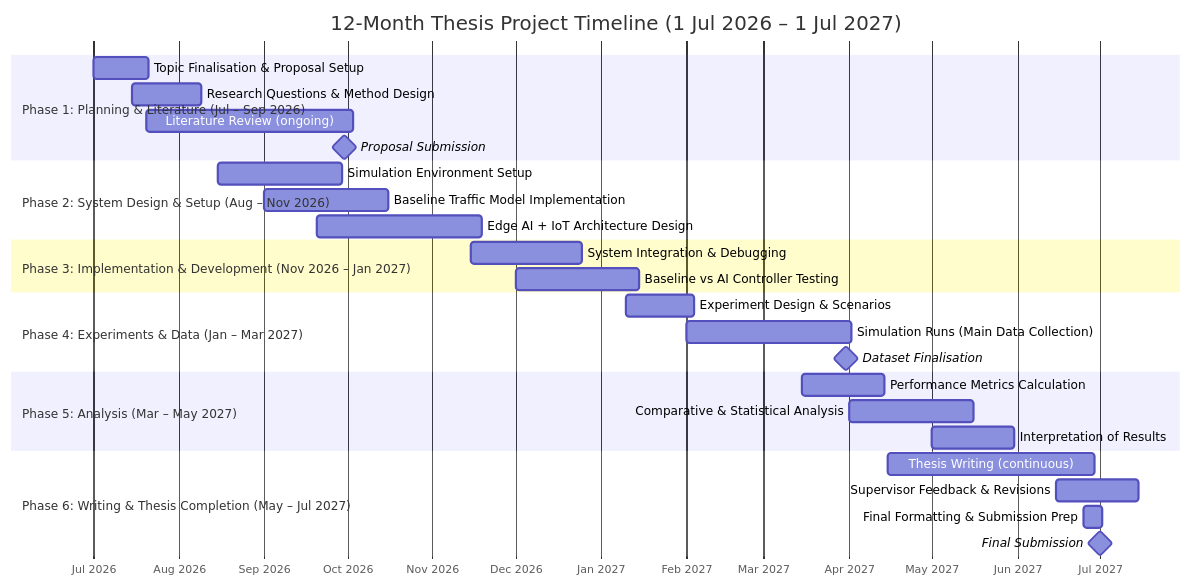
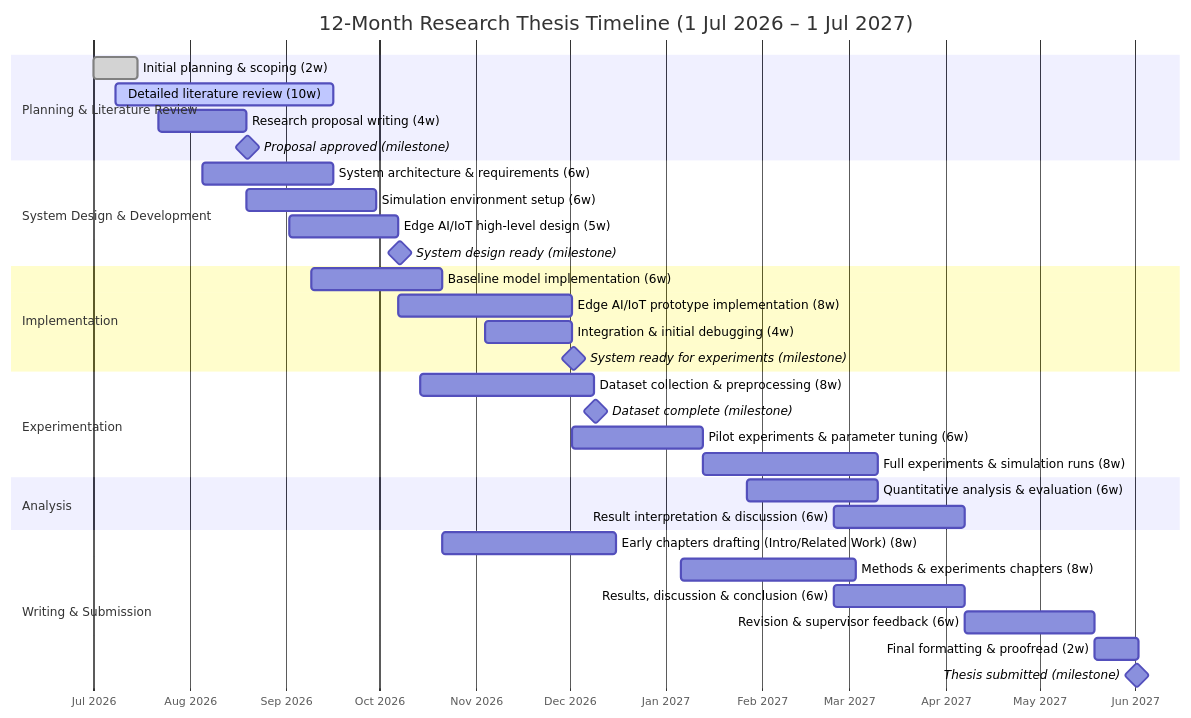
The diagram in README.md (rosisneupane/Gantt_Chart_For_Final), drawn with Mermaid before and after one commit.

````diff
--- a/README.md
+++ b/README.md
@@ -1,51 +1,60 @@
 ```mermaid
 gantt
-    title 12-Month Thesis Project Timeline (1 Jul 2026 – 1 Jul 2027)
-    dateFormat YYYY-MM-DD
-    axisFormat %b %Y
+    title 12-Month Research Thesis Timeline (1 Jul 2026 – 1 Jul 2027)
+    dateFormat  YYYY-MM-DD
+    axisFormat  %b %Y
 
-    section Phase 1: Planning & Literature (Jul – Sep 2026)
+    %% ------------------------
+    %% Planning & Literature Review
+    %% ------------------------
+    section Planning & Literature Review
+    Initial planning & scoping (2w)          :done, plan1, 2026-07-01, 2w
+    Detailed literature review (10w)         :active, lit1, 2026-07-08, 10w
+    Research proposal writing (4w)           :prop1, 2026-07-22, 4w
+    Proposal approved (milestone)            :milestone, m_proposal, 2026-08-19, 1d
 
-    Topic Finalisation & Proposal Setup     :p1, 2026-07-01, 20d
-    Research Questions & Method Design      :p2, 2026-07-15, 25d
-    Literature Review (ongoing)             :p3, 2026-07-20, 75d
+    %% ------------------------
+    %% System Design & Development
+    %% ------------------------
+    section System Design & Development
+    System architecture & requirements (6w)  :arch1, 2026-08-05, 6w
+    Simulation environment setup (6w)        :sim1, 2026-08-19, 6w
+    Edge AI/IoT high-level design (5w)       :design_edge1, 2026-09-02, 5w
+    System design ready (milestone)          :milestone, m_system_ready, 2026-10-07, 1d
 
-    Proposal Submission                     :milestone, m1, 2026-09-30, 0d
+    %% ------------------------
+    %% Implementation
+    %% ------------------------
+    section Implementation
+    Baseline model implementation (6w)       :impl_base, 2026-09-09, 6w
+    Edge AI/IoT prototype implementation (8w):impl_edge, 2026-10-07, 8w
+    Integration & initial debugging (4w)     :impl_int, 2026-11-04, 4w
+    System ready for experiments (milestone) :milestone, m_impl_ready, 2026-12-02, 1d
 
+    %% ------------------------
+    %% Experimentation
+    %% ------------------------
+    section Experimentation
+    Dataset collection & preprocessing (8w)  :data1, 2026-10-14, 8w
+    Dataset complete (milestone)             :milestone, m_data_done, 2026-12-09, 1d
+    Pilot experiments & parameter tuning (6w):exp1, 2026-12-02, 6w
+    Full experiments & simulation runs (8w)  :exp2, 2027-01-13, 8w
 
-    section Phase 2: System Design & Setup (Aug – Nov 2026)
+    %% ------------------------
+    %% Analysis
+    %% ------------------------
+    section Analysis
+    Quantitative analysis & evaluation (6w)  :analysis1, 2027-01-27, 6w
+    Result interpretation & discussion (6w)  :analysis2, 2027-02-24, 6w
 
-    Simulation Environment Setup            :p4, 2026-08-15, 45d
-    Baseline Traffic Model Implementation    :p5, 2026-09-01, 45d
-    Edge AI + IoT Architecture Design       :p6, 2026-09-20, 60d
-
-
-    section Phase 3: Implementation & Development (Nov 2026 – Jan 2027)
-
-    System Integration & Debugging          :p7, 2026-11-15, 40d
-    Baseline vs AI Controller Testing       :p8, 2026-12-01, 45d
-
-
-    section Phase 4: Experiments & Data (Jan – Mar 2027)
-
-    Experiment Design & Scenarios           :p9, 2027-01-10, 25d
-    Simulation Runs (Main Data Collection)  :p10, 2027-02-01, 60d
-
-    Dataset Finalisation                    :milestone, m2, 2027-03-31, 0d
-
-
-    section Phase 5: Analysis (Mar – May 2027)
-
-    Performance Metrics Calculation         :p11, 2027-03-15, 30d
-    Comparative & Statistical Analysis      :p12, 2027-04-01, 45d
-    Interpretation of Results               :p13, 2027-05-01, 30d
-
-
-    section Phase 6: Writing & Thesis Completion (May – Jul 2027)
-
-    Thesis Writing (continuous)             :p14, 2027-04-15, 75d
-    Supervisor Feedback & Revisions         :p15, 2027-06-15, 30d
-    Final Formatting & Submission Prep      :p16, 2027-06-25, 7d
-
-    Final Submission                        :milestone, final, 2027-07-01, 0d
+    %% ------------------------
+    %% Writing & Submission
+    %% ------------------------
+    section Writing & Submission
+    Early chapters drafting (Intro/Related Work) (8w) :write1, 2026-10-21, 8w
+    Methods & experiments chapters (8w)               :write2, 2027-01-06, 8w
+    Results, discussion & conclusion (6w)             :write3, 2027-02-24, 6w
+    Revision & supervisor feedback (6w)               :write4, 2027-04-07, 6w
+    Final formatting & proofread (2w)                 :write5, 2027-05-19, 2w
+    Thesis submitted (milestone)                      :milestone, m_submit, 2027-06-01, 1d
 ```
````
